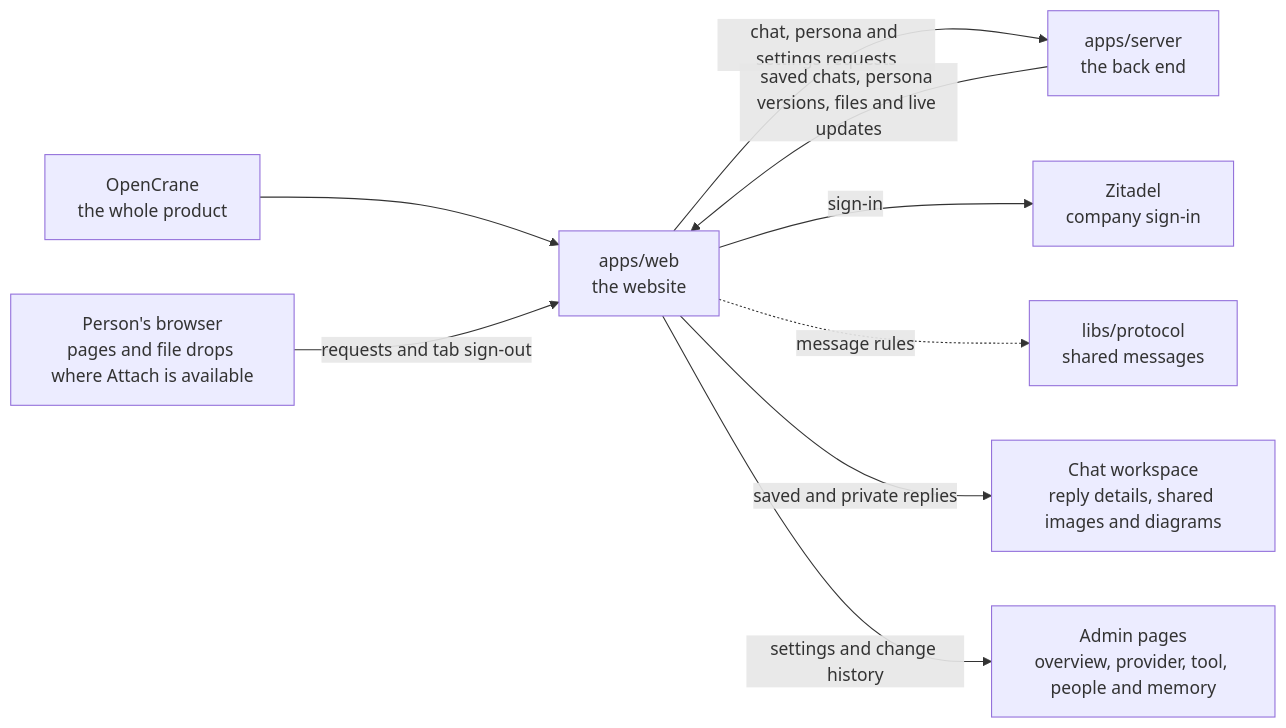
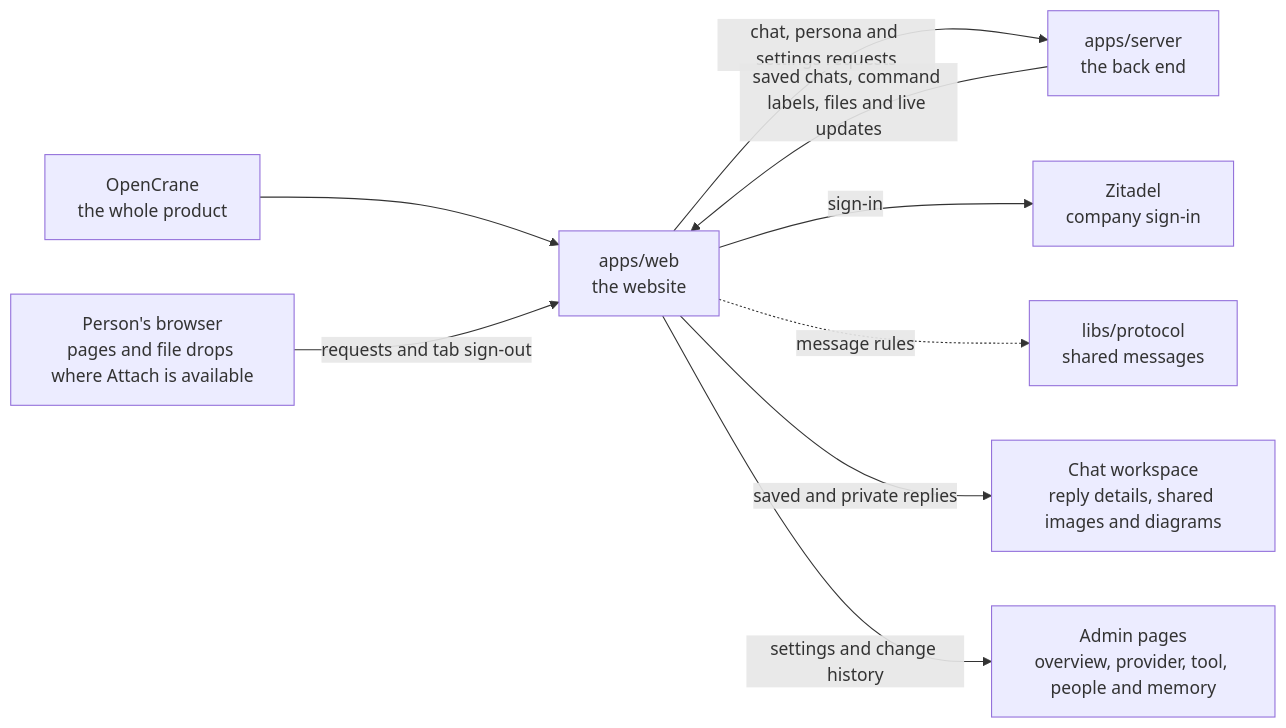
The diagram in apps/web/README.md (elewa-git/opencrane-new), drawn with Mermaid before and after one commit. The commit also changed other lines of this file and 45 other files, not shown here.

````diff
--- a/apps/web/README.md
+++ b/apps/web/README.md
@@ -16,11 +16,11 @@
 ```mermaid
 flowchart LR
   system["OpenCrane<br/>the whole product"] --> web["apps/web<br/>the website"]
   browser["Person's browser<br/>pages and file drops where Attach is available"] -->|requests and tab sign-out| web
   web -->|chat, persona and settings requests| server["apps/server<br/>the back end"]
-  server -->|saved chats, persona versions, files and live updates| web
+  server -->|saved chats, command labels, files and live updates| web
   web -->|sign-in| zitadel["Zitadel<br/>company sign-in"]
   web -.->|message rules| protocol["libs/protocol<br/>shared messages"]
   web -->|saved and private replies| capture["Chat workspace<br/>reply details, shared images and diagrams"]
   web -->|settings and change history| admin["Admin pages<br/>overview, provider, tool, people and memory"]
 ```
````
